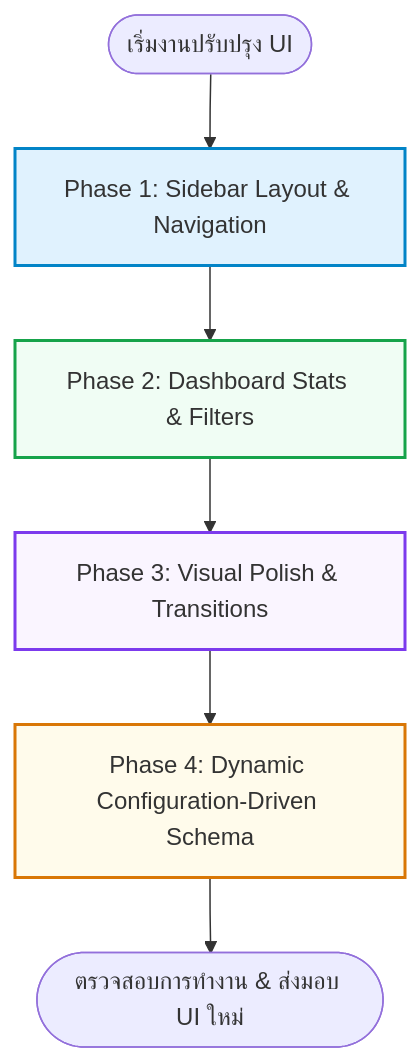
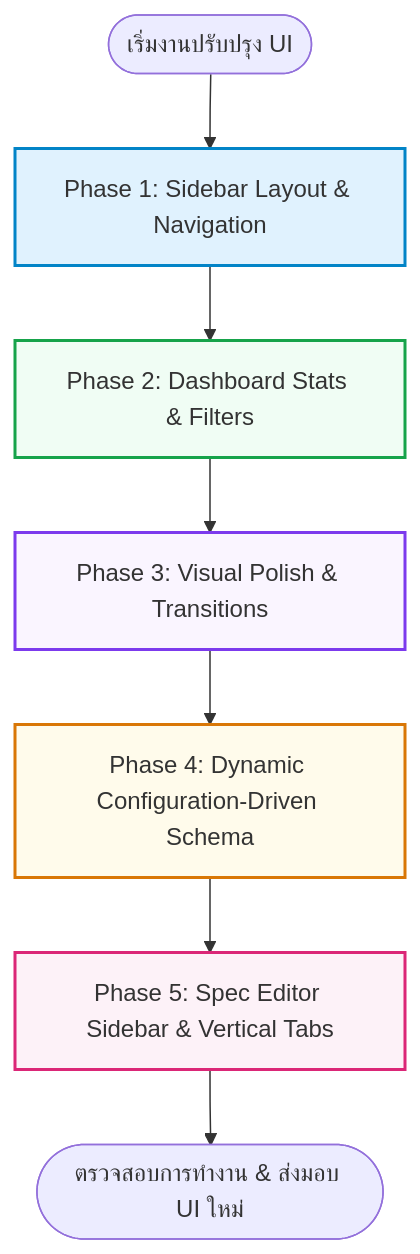
Before and after one commit to magicxeon/IRIS-Prototype: the diagram in Requirements/ui-implementation-plans/README.md, drawn with Mermaid. The commit also changed other lines of this file, not shown here.

````diff
--- a/Requirements/ui-implementation-plans/README.md
+++ b/Requirements/ui-implementation-plans/README.md
@@ -11,13 +11,15 @@
 ```mermaid
 graph TD
     Start([เริ่มงานปรับปรุง UI]) --> P1[Phase 1: Sidebar Layout & Navigation]
     P1 --> P2[Phase 2: Dashboard Stats & Filters]
     P2 --> P3[Phase 3: Visual Polish & Transitions]
     P3 --> P4[Phase 4: Dynamic Configuration-Driven Schema]
-    P4 --> End([ตรวจสอบการทำงาน & ส่งมอบ UI ใหม่])
+    P4 --> P5[Phase 5: Spec Editor Sidebar & Vertical Tabs]
+    P5 --> End([ตรวจสอบการทำงาน & ส่งมอบ UI ใหม่])
     
     style P1 fill:#e0f2fe,stroke:#0284c7,stroke-width:2px
     style P2 fill:#f0fdf4,stroke:#16a34a,stroke-width:2px
     style P3 fill:#faf5ff,stroke:#7c3aed,stroke-width:2px
     style P4 fill:#fffbeb,stroke:#d97706,stroke-width:2px
+    style P5 fill:#fdf2f8,stroke:#db2777,stroke-width:2px
 ```
````
